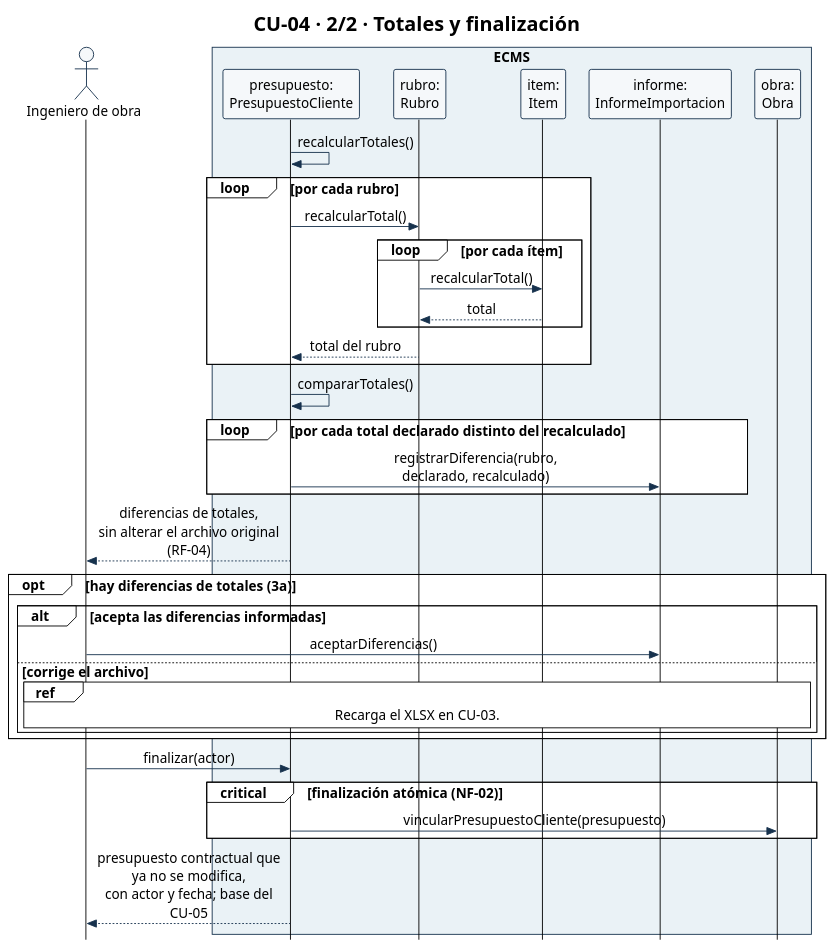
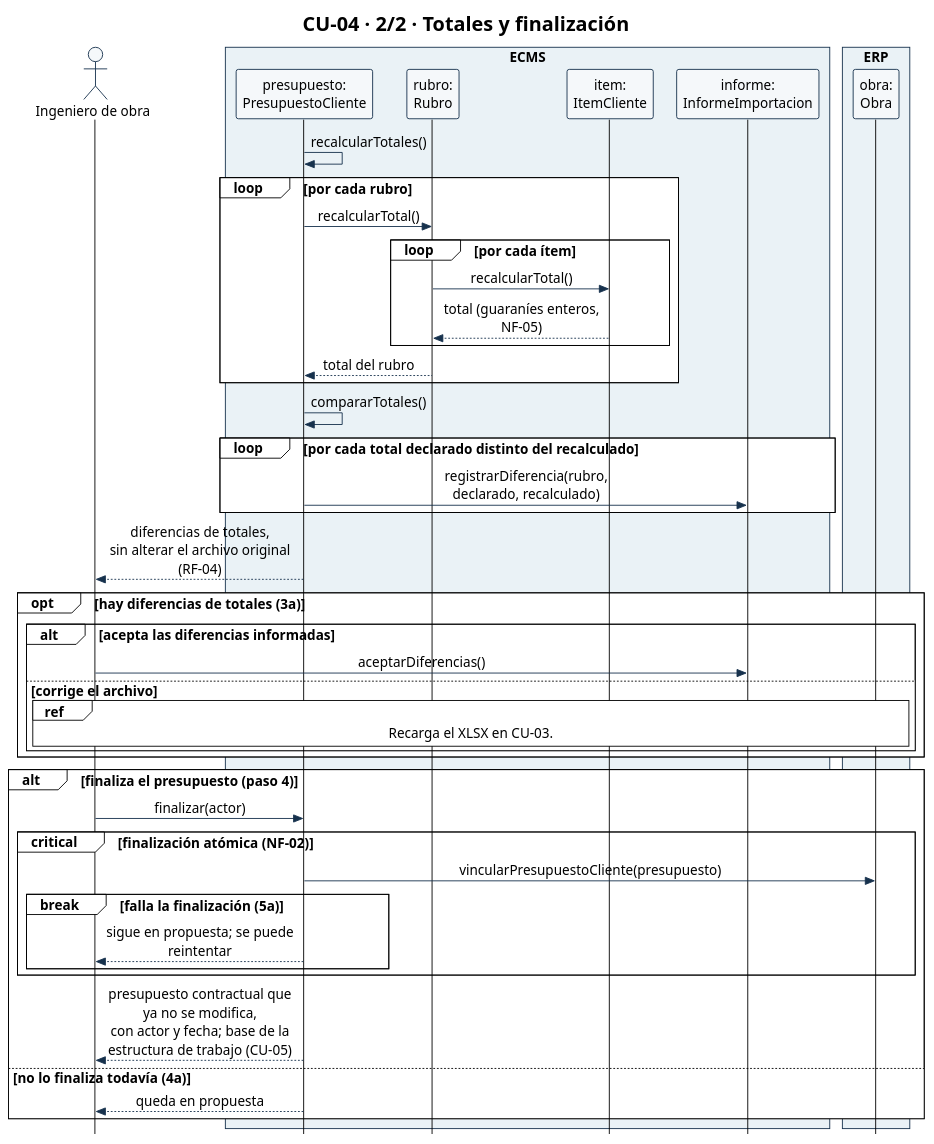
The diagram in diagramas/CU-04-secuencia-2-finalizacion.puml (Ssrrb/tpf-uca), drawn with PlantUML before and after one commit. The commit also changed 41 other files, not shown here.

First line of the commit message:
Diagramas de los 16 CU en el MVP: ajustes de CU-01 a CU-09 y diagramas nuevos de CU-10 a CU-16

```diff
--- a/diagramas/CU-04-secuencia-2-finalizacion.puml
+++ b/diagramas/CU-04-secuencia-2-finalizacion.puml
@@ -1,60 +1,69 @@
 @startuml
 !theme plain
 skinparam style strictuml
 skinparam shadowing false
 skinparam defaultFontName Arial
 skinparam defaultFontSize 15
 skinparam sequenceMessageAlign center
 skinparam maxMessageSize 220
 skinparam ParticipantPadding 8
 skinparam BoxPadding 6
 skinparam ParticipantBackgroundColor #F5F8FA
 skinparam ParticipantBorderColor #17324D
 skinparam ActorBorderColor #17324D
 skinparam ActorBackgroundColor #F5F8FA
 skinparam ArrowColor #17324D
 skinparam SequenceBoxBorderColor #17324D
 skinparam note {
   BackgroundColor #FFFFFF
   BorderColor #17324D
 }
 hide footbox
 title CU-04 · 2/2 · Totales y finalización
 actor "Ingeniero de obra" as Ing
 box "ECMS" #EAF2F6
 participant "presupuesto:\nPresupuestoCliente" as Pres
 participant "rubro:\nRubro" as Rubro
-participant "item:\nItem" as Item
+participant "item:\nItemCliente" as Item
 participant "informe:\nInformeImportacion" as Inf
+end box
+box "ERP" #EAF2F6
 participant "obra:\nObra" as Obra
 end box
 
 Pres -> Pres: recalcularTotales()
 loop por cada rubro
   Pres -> Rubro: recalcularTotal()
   loop por cada ítem
     Rubro -> Item: recalcularTotal()
-    Item --> Rubro: total
+    Item --> Rubro: total (guaraníes enteros, NF-05)
   end
   Rubro --> Pres: total del rubro
 end
 Pres -> Pres: compararTotales()
 loop por cada total declarado distinto del recalculado
   Pres -> Inf: registrarDiferencia(rubro, declarado, recalculado)
 end
 Pres --> Ing: diferencias de totales,\nsin alterar el archivo original (RF-04)
 opt hay diferencias de totales (3a)
   alt acepta las diferencias informadas
     Ing -> Inf: aceptarDiferencias()
   else corrige el archivo
     ref over Ing, Obra
       Recarga el XLSX en CU-03.
     end ref
   end
 end
-Ing -> Pres: finalizar(actor)
-critical finalización atómica (NF-02)
-  Pres -> Obra: vincularPresupuestoCliente(presupuesto)
+alt finaliza el presupuesto (paso 4)
+  Ing -> Pres: finalizar(actor)
+  critical finalización atómica (NF-02)
+    Pres -> Obra: vincularPresupuestoCliente(presupuesto)
+    break falla la finalización (5a)
+      Pres --> Ing: sigue en propuesta; se puede reintentar
+    end
+  end
+  Pres --> Ing: presupuesto contractual que ya no se modifica,\ncon actor y fecha; base de la estructura de trabajo (CU-05)
+else no lo finaliza todavía (4a)
+  Pres --> Ing: queda en propuesta
 end
-Pres --> Ing: presupuesto contractual que ya no se modifica,\ncon actor y fecha; base del CU-05
 @enduml
```
